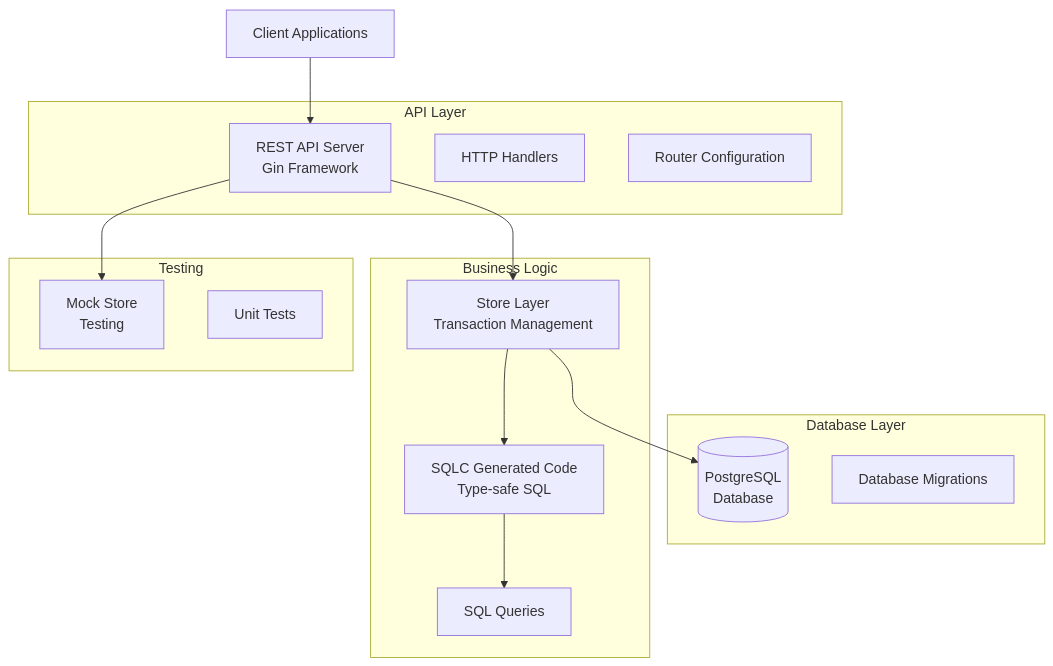
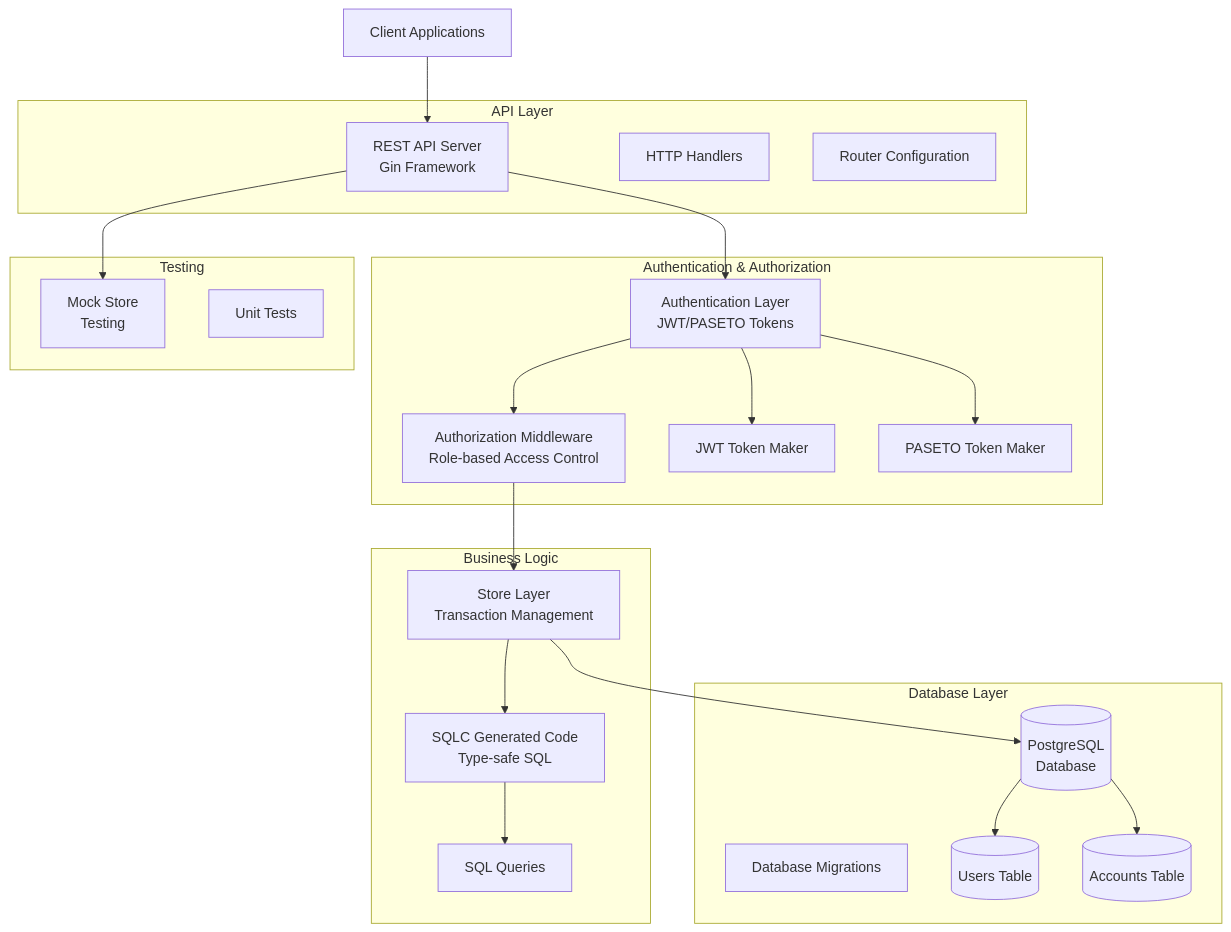
The first of 3 diagrams in README.md (tatekicct/simplebank), drawn with Mermaid before and after one commit. The commit also changed other lines of this file, not shown here.

````diff
--- a/README.md
+++ b/README.md
@@ -7,33 +7,48 @@
 ```mermaid
 graph TB
     Client[Client Applications] --> API[REST API Server<br/>Gin Framework]
-    API --> Store[Store Layer<br/>Transaction Management]
+    API --> Auth[Authentication Layer<br/>JWT/PASETO Tokens]
+    Auth --> Middleware[Authorization Middleware<br/>Role-based Access Control]
+    Middleware --> Store[Store Layer<br/>Transaction Management]
     Store --> DB[(PostgreSQL<br/>Database)]
     
     Store --> SQLC[SQLC Generated Code<br/>Type-safe SQL]
     SQLC --> Queries[SQL Queries]
     
     API --> Mock[Mock Store<br/>Testing]
     
+    subgraph "Authentication & Authorization"
+        Auth
+        Middleware
+        JWT[JWT Token Maker]
+        PASETO[PASETO Token Maker]
+        Auth --> JWT
+        Auth --> PASETO
+    end
+    
     subgraph "Database Layer"
         DB
         Migration[Database Migrations]
+        Users[(Users Table)]
+        Accounts[(Accounts Table)]
+        DB --> Users
+        DB --> Accounts
     end
     
     subgraph "Business Logic"
         Store
         SQLC
         Queries
     end
     
     subgraph "API Layer"
         API
         Handlers[HTTP Handlers]
         Router[Router Configuration]
     end
     
     subgraph "Testing"
         Mock
         Tests[Unit Tests]
     end
 ```
````
